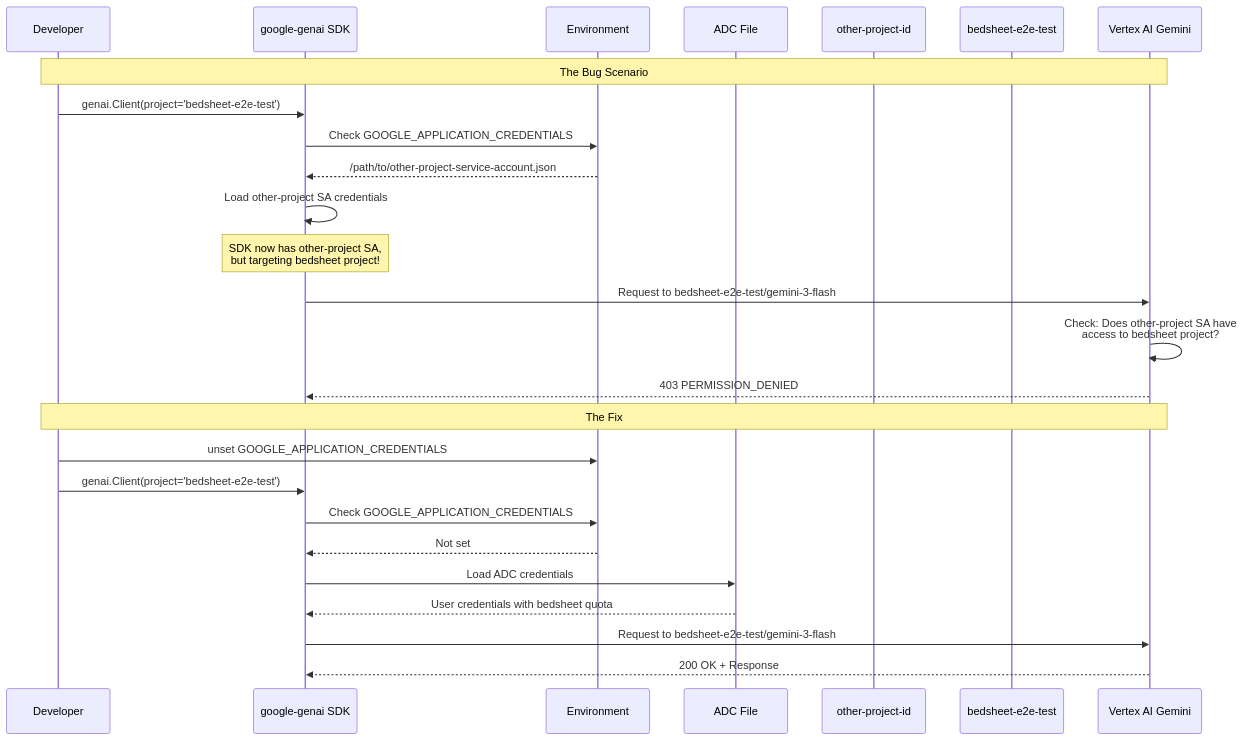
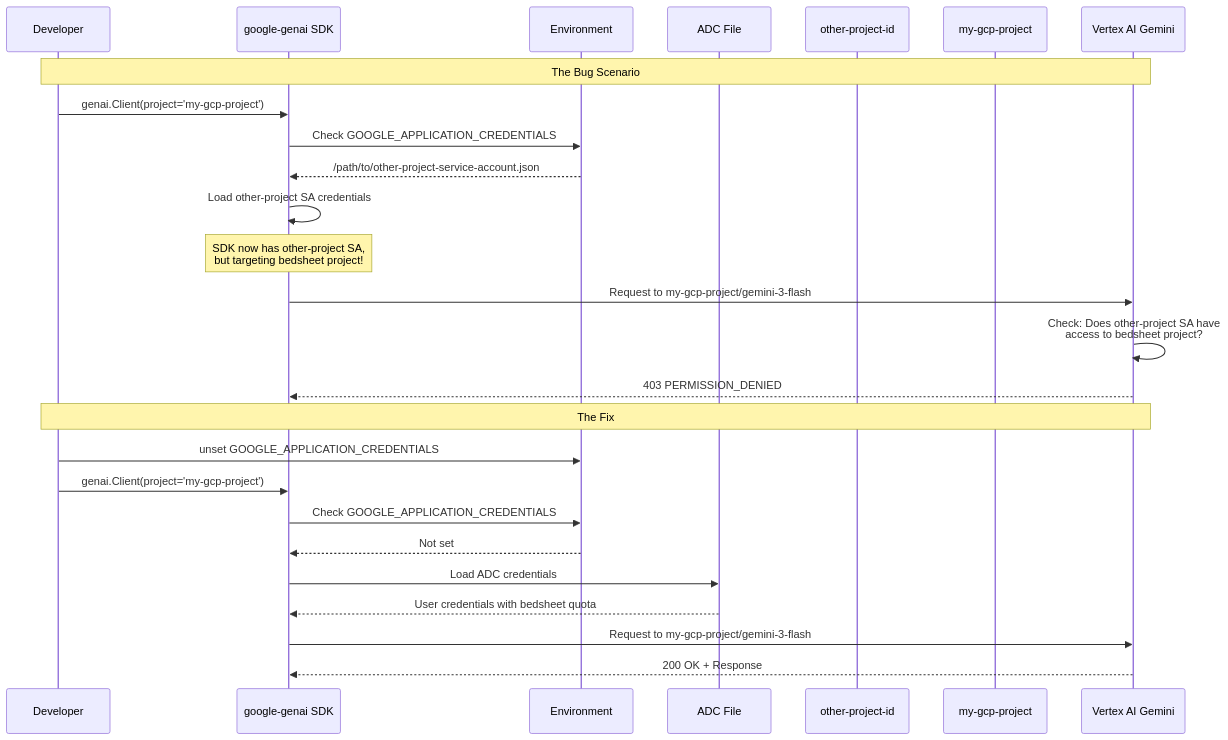
One commit to sivang/bedsheet changed the fourth of 11 diagrams in docs/gcp-deployment-deep-dive.md. Above: the diagram before and after it, drawn with Mermaid. The commit also changed other lines of this file and 66 other files, not shown here.

````diff
--- a/docs/gcp-deployment-deep-dive.md
+++ b/docs/gcp-deployment-deep-dive.md
@@ -178,34 +178,34 @@
 ```mermaid
 sequenceDiagram
     participant Dev as Developer
     participant SDK as google-genai SDK
     participant ENV as Environment
     participant ADC as ADC File
     participant OtherProj as other-project-id
-    participant Bedsheet as bedsheet-e2e-test
+    participant Bedsheet as my-gcp-project
     participant Gemini as Vertex AI Gemini
 
     Note over Dev,Gemini: The Bug Scenario
 
-    Dev->>SDK: genai.Client(project='bedsheet-e2e-test')
+    Dev->>SDK: genai.Client(project='my-gcp-project')
     SDK->>ENV: Check GOOGLE_APPLICATION_CREDENTIALS
     ENV-->>SDK: /path/to/other-project-service-account.json
     SDK->>SDK: Load other-project SA credentials
 
     Note over SDK: SDK now has other-project SA,<br/>but targeting bedsheet project!
 
-    SDK->>Gemini: Request to bedsheet-e2e-test/gemini-3-flash
+    SDK->>Gemini: Request to my-gcp-project/gemini-3-flash
     Gemini->>Gemini: Check: Does other-project SA have<br/>access to bedsheet project?
     Gemini-->>SDK: 403 PERMISSION_DENIED
 
     Note over Dev,Gemini: The Fix
 
     Dev->>ENV: unset GOOGLE_APPLICATION_CREDENTIALS
-    Dev->>SDK: genai.Client(project='bedsheet-e2e-test')
+    Dev->>SDK: genai.Client(project='my-gcp-project')
     SDK->>ENV: Check GOOGLE_APPLICATION_CREDENTIALS
     ENV-->>SDK: Not set
     SDK->>ADC: Load ADC credentials
     ADC-->>SDK: User credentials with bedsheet quota
-    SDK->>Gemini: Request to bedsheet-e2e-test/gemini-3-flash
+    SDK->>Gemini: Request to my-gcp-project/gemini-3-flash
     Gemini-->>SDK: 200 OK + Response
 ```
````
